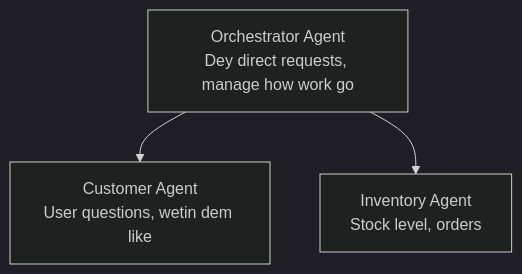
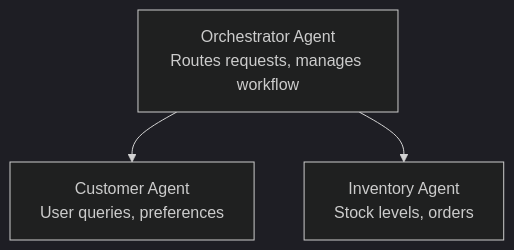
One commit to microsoft/AZD-for-beginners changed the diagram in translations/pcm/docs/chapter-05-multi-agent/README.md. Above: the diagram before and after it, drawn with Mermaid (dark theme). The commit also changed other lines of this file and 135 other files, not shown here.

````diff
--- a/translations/pcm/docs/chapter-05-multi-agent/README.md
+++ b/translations/pcm/docs/chapter-05-multi-agent/README.md
@@ -54,5 +56,5 @@
 ```mermaid
 graph TD
-    Orchestrator[Orchestrator Agent<br/>Dey direct requests, manage how work go] --> Customer[Customer Agent<br/>User questions, wetin dem like]
-    Orchestrator --> Inventory[Inventory Agent<br/>Stock level, orders]
+    Orchestrator[Orchestrator Agent<br/>Routes requests, manages workflow] --> Customer[Customer Agent<br/>User queries, preferences]
+    Orchestrator --> Inventory[Inventory Agent<br/>Stock levels, orders]
 ```
````
